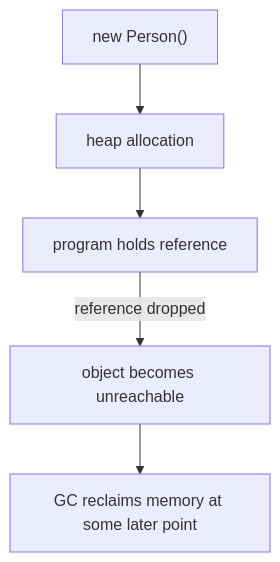
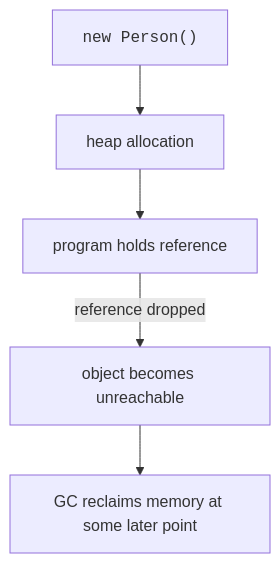
Before and after one commit to dataslope/dataslope: the first of 2 diagrams in content/courses/intro-modern-csharp/resource-management.mdx, drawn with Mermaid. The commit also changed other lines of this file and 65 other files, not shown here.

First line of the commit message:
Set code in every mermaid label in the mono face

````diff
--- a/content/courses/intro-modern-csharp/resource-management.mdx
+++ b/content/courses/intro-modern-csharp/resource-management.mdx
@@ -43,7 +43,7 @@
 ```mermaid
 flowchart TD
-    A["new Person()"] --> H["heap allocation"]
+    A["<code>new Person()</code>"] --> H["heap allocation"]
     H --> R["program holds reference"]
     R -->|reference dropped| O["object becomes unreachable"]
     O --> G["GC reclaims memory at some later point"]
 ```
````
